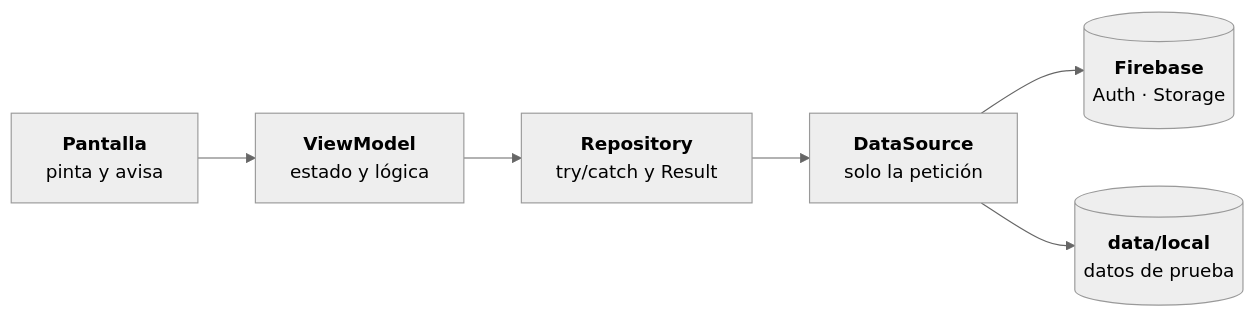
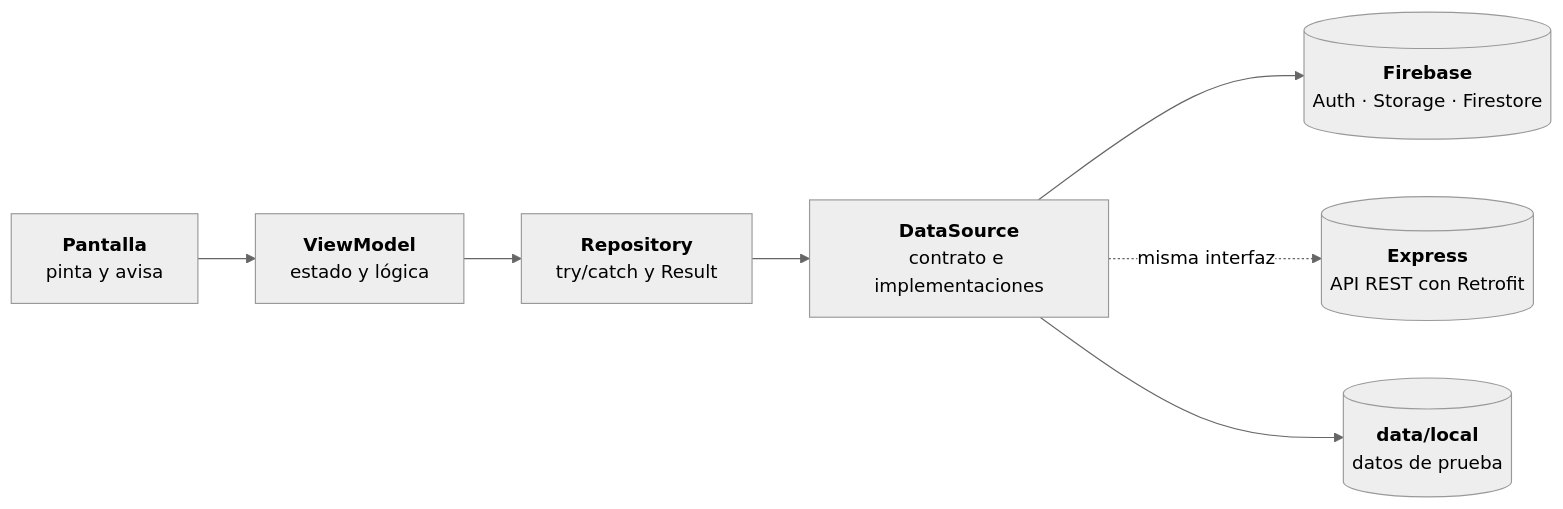
The diagram in README.md (AndresContreras1/Mixtapp), drawn with Mermaid (neutral theme) before and after one commit. The commit also changed other lines of this file, not shown here.

Commit message:
docs: readme con firestore, la implementacion de retrofit y como crear los datos

````diff
--- a/README.md
+++ b/README.md
@@ -55,13 +56,15 @@
 ```mermaid
 flowchart LR
     S["<b>Pantalla</b><br/>pinta y avisa"]
     V["<b>ViewModel</b><br/>estado y lógica"]
     R["<b>Repository</b><br/>try/catch y Result"]
-    D["<b>DataSource</b><br/>solo la petición"]
-    F[("<b>Firebase</b><br/>Auth · Storage")]
+    D["<b>DataSource</b><br/>contrato e implementaciones"]
+    F[("<b>Firebase</b><br/>Auth · Storage · Firestore")]
+    E[("<b>Express</b><br/>API REST con Retrofit")]
     L[("<b>data/local</b><br/>datos de prueba")]
 
     S --> V --> R --> D
     D --> F
+    D -. "misma interfaz" .-> E
     D --> L
 ```
````
